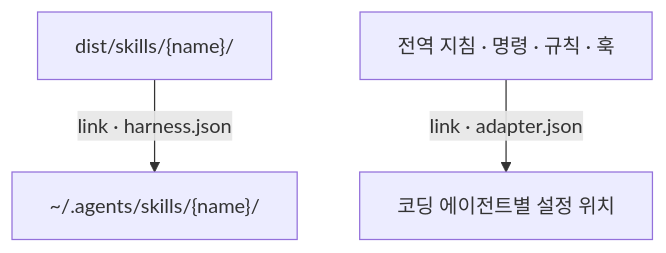
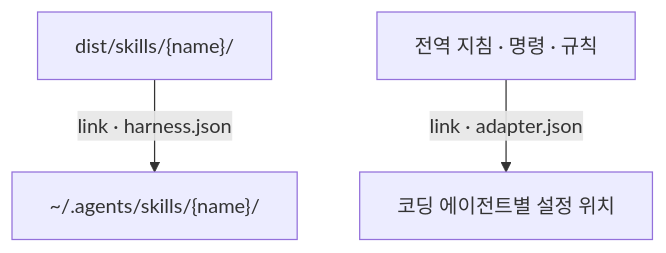
One commit to rheech22/harness changed the second of 3 diagrams in README.md. Above: the diagram before and after it, drawn with Mermaid. The commit also changed other lines of this file and 22 other files, not shown here.

````diff
--- a/README.md
+++ b/README.md
@@ -58,7 +60,7 @@
 ```mermaid
 flowchart TD
   accTitle: link로 코딩 에이전트에 연결
   accDescr: 공용 스킬은 agents 디렉터리로 연결하고 지침과 명령 규칙 훅은 런타임별 설정 위치로 연결한다.
   skills["dist/skills/{name}/"] -->|link · harness.json| shared["~/.agents/skills/{name}/"]
-  files["전역 지침 · 명령 · 규칙 · 훅"] -->|link · adapter.json| runtime["코딩 에이전트별 설정 위치"]
+  files["전역 지침 · 명령 · 규칙"] -->|link · adapter.json| runtime["코딩 에이전트별 설정 위치"]
 ```
````
